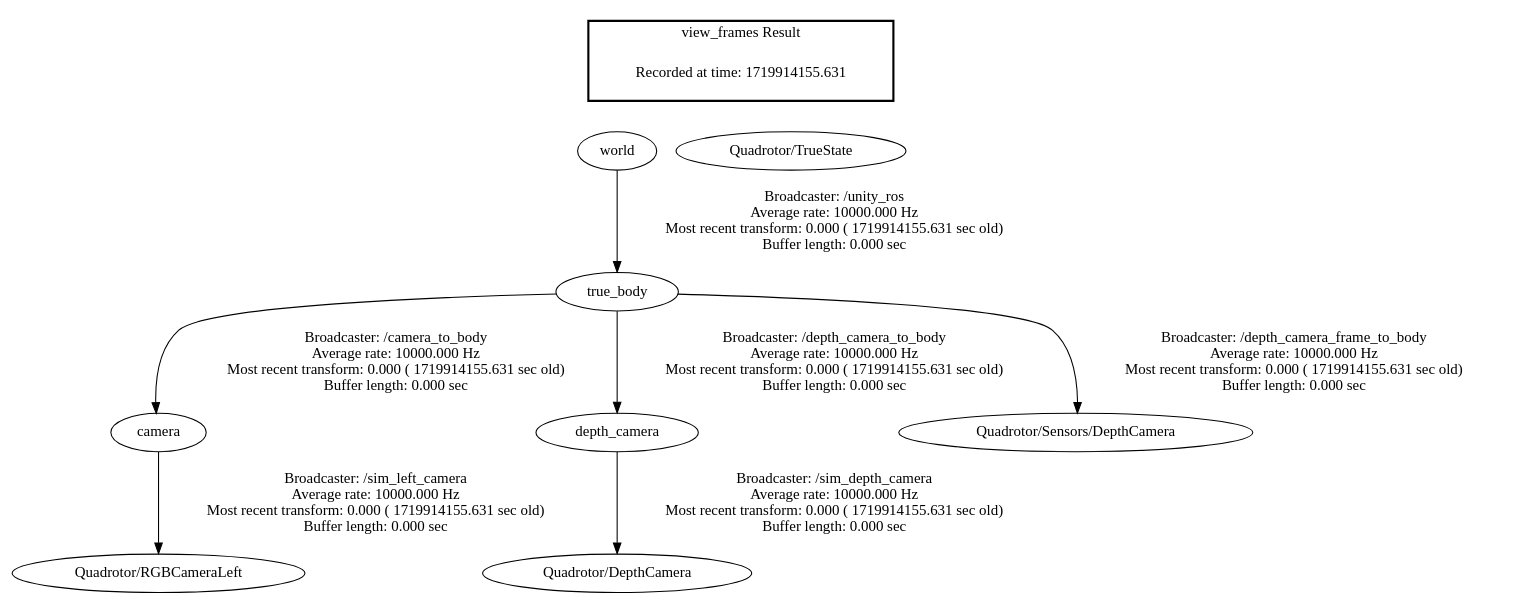
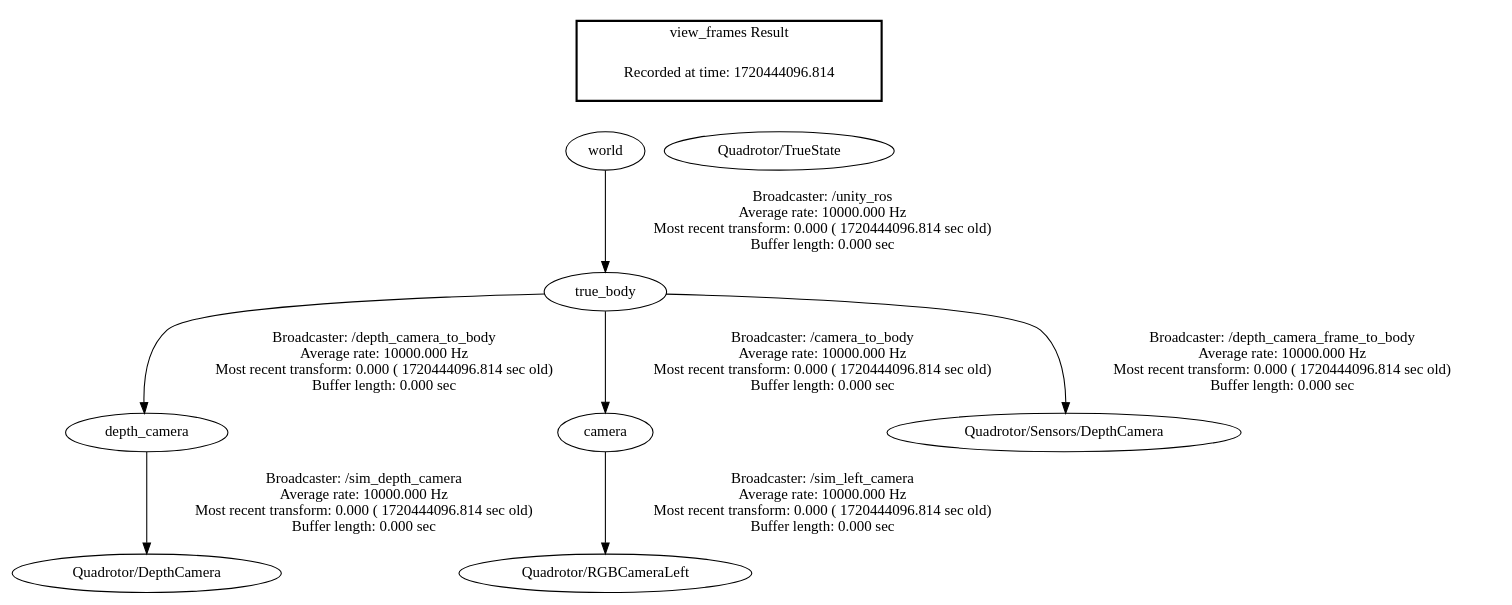
The diagram in frames.gv (YijiaQian/i2ros_autonomous-driving), drawn with Graphviz before and after one commit. The commit also changed 3002 other files, not shown here.

```diff
--- a/frames.gv
+++ b/frames.gv
@@ -1,16 +1,16 @@
 digraph G {
-"camera" -> "Quadrotor/RGBCameraLeft"[label="Broadcaster: /sim_left_camera\nAverage rate: 10000.000 Hz\nMost recent transform: 0.000 ( 1719914155.631 sec old)\nBuffer length: 0.000 sec\n"];
-"true_body" -> "camera"[label="Broadcaster: /camera_to_body\nAverage rate: 10000.000 Hz\nMost recent transform: 0.000 ( 1719914155.631 sec old)\nBuffer length: 0.000 sec\n"];
-"world" -> "true_body"[label="Broadcaster: /unity_ros\nAverage rate: 10000.000 Hz\nMost recent transform: 0.000 ( 1719914155.631 sec old)\nBuffer length: 0.000 sec\n"];
-"depth_camera" -> "Quadrotor/DepthCamera"[label="Broadcaster: /sim_depth_camera\nAverage rate: 10000.000 Hz\nMost recent transform: 0.000 ( 1719914155.631 sec old)\nBuffer length: 0.000 sec\n"];
-"true_body" -> "depth_camera"[label="Broadcaster: /depth_camera_to_body\nAverage rate: 10000.000 Hz\nMost recent transform: 0.000 ( 1719914155.631 sec old)\nBuffer length: 0.000 sec\n"];
-"true_body" -> "Quadrotor/Sensors/DepthCamera"[label="Broadcaster: /depth_camera_frame_to_body\nAverage rate: 10000.000 Hz\nMost recent transform: 0.000 ( 1719914155.631 sec old)\nBuffer length: 0.000 sec\n"];
+"world" -> "true_body"[label="Broadcaster: /unity_ros\nAverage rate: 10000.000 Hz\nMost recent transform: 0.000 ( 1720444096.814 sec old)\nBuffer length: 0.000 sec\n"];
+"depth_camera" -> "Quadrotor/DepthCamera"[label="Broadcaster: /sim_depth_camera\nAverage rate: 10000.000 Hz\nMost recent transform: 0.000 ( 1720444096.814 sec old)\nBuffer length: 0.000 sec\n"];
+"true_body" -> "depth_camera"[label="Broadcaster: /depth_camera_to_body\nAverage rate: 10000.000 Hz\nMost recent transform: 0.000 ( 1720444096.814 sec old)\nBuffer length: 0.000 sec\n"];
+"camera" -> "Quadrotor/RGBCameraLeft"[label="Broadcaster: /sim_left_camera\nAverage rate: 10000.000 Hz\nMost recent transform: 0.000 ( 1720444096.814 sec old)\nBuffer length: 0.000 sec\n"];
+"true_body" -> "camera"[label="Broadcaster: /camera_to_body\nAverage rate: 10000.000 Hz\nMost recent transform: 0.000 ( 1720444096.814 sec old)\nBuffer length: 0.000 sec\n"];
+"true_body" -> "Quadrotor/Sensors/DepthCamera"[label="Broadcaster: /depth_camera_frame_to_body\nAverage rate: 10000.000 Hz\nMost recent transform: 0.000 ( 1720444096.814 sec old)\nBuffer length: 0.000 sec\n"];
 edge [style=invis];
  subgraph cluster_legend { style=bold; color=black; label ="view_frames Result";
-"Recorded at time: 1719914155.631"[ shape=plaintext ] ;
+"Recorded at time: 1720444096.814"[ shape=plaintext ] ;
  }->"Quadrotor/TrueState";
 edge [style=invis];
  subgraph cluster_legend { style=bold; color=black; label ="view_frames Result";
-"Recorded at time: 1719914155.631"[ shape=plaintext ] ;
+"Recorded at time: 1720444096.814"[ shape=plaintext ] ;
  }->"world";
 }
```
